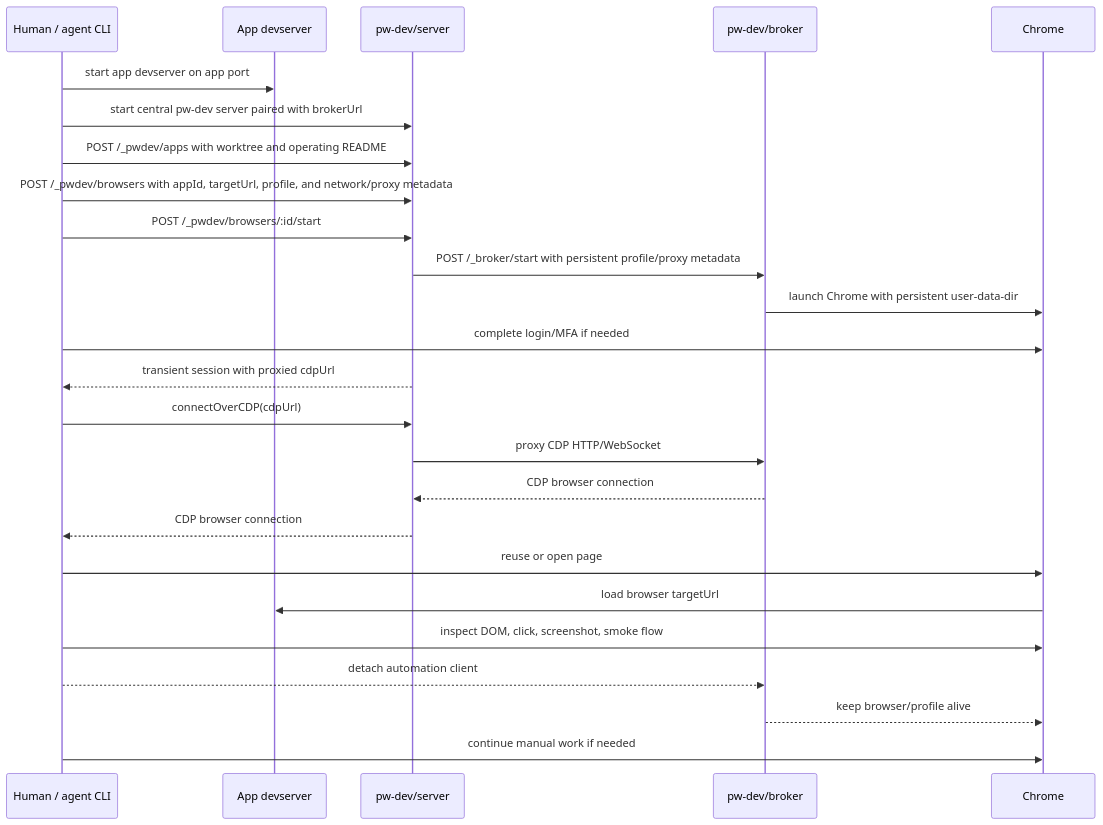
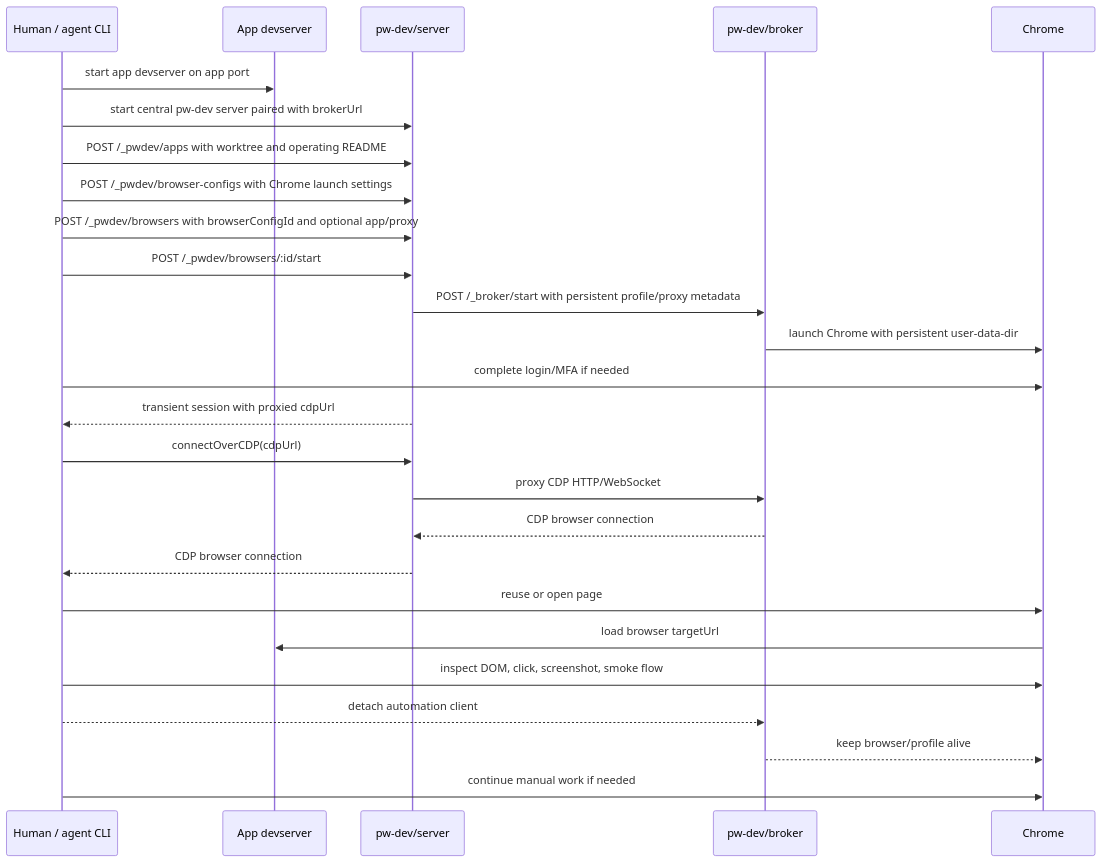
Before and after one commit to sloppygadget-bot/pw-dev: the second of 3 diagrams in docs/architecture.md, drawn with Mermaid. The commit also changed other lines of this file and 20 other files, not shown here.

````diff
--- a/docs/architecture.md
+++ b/docs/architecture.md
@@ -57,32 +61,33 @@
 ```mermaid
 sequenceDiagram
   participant Human as Human / agent CLI
   participant App as App devserver
   participant Server as pw-dev/server
   participant Broker as pw-dev/broker
   participant Chrome as Chrome
 
   Human->>App: start app devserver on app port
   Human->>Server: start central pw-dev server paired with brokerUrl
   Human->>Server: POST /_pwdev/apps with worktree and operating README
-  Human->>Server: POST /_pwdev/browsers with appId, targetUrl, profile, and network/proxy metadata
+  Human->>Server: POST /_pwdev/browser-configs with Chrome launch settings
+  Human->>Server: POST /_pwdev/browsers with browserConfigId and optional app/proxy
   Human->>Server: POST /_pwdev/browsers/:id/start
   Server->>Broker: POST /_broker/start with persistent profile/proxy metadata
   Broker->>Chrome: launch Chrome with persistent user-data-dir
   Human->>Chrome: complete login/MFA if needed
 
   Server-->>Human: transient session with proxied cdpUrl
 
   Human->>Server: connectOverCDP(cdpUrl)
   Server->>Broker: proxy CDP HTTP/WebSocket
   Broker-->>Server: CDP browser connection
   Server-->>Human: CDP browser connection
 
   Human->>Chrome: reuse or open page
   Chrome->>App: load browser targetUrl
   Human->>Chrome: inspect DOM, click, screenshot, smoke flow
 
   Human-->>Broker: detach automation client
   Broker-->>Chrome: keep browser/profile alive
   Human->>Chrome: continue manual work if needed
 ```
````
